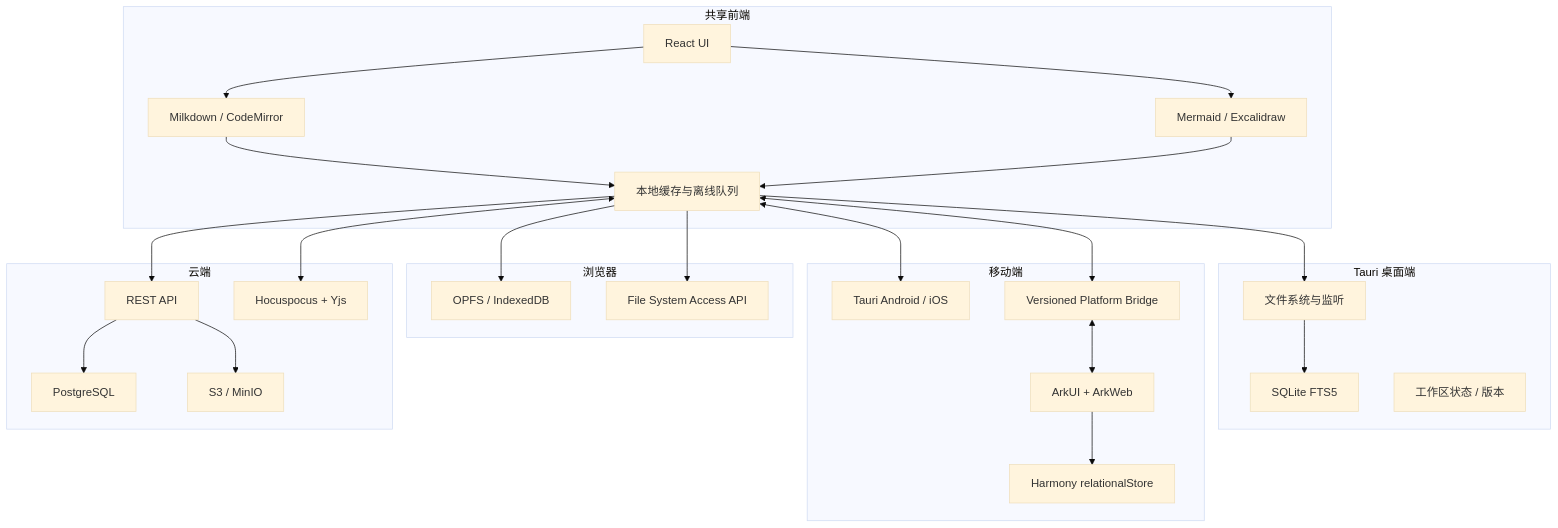
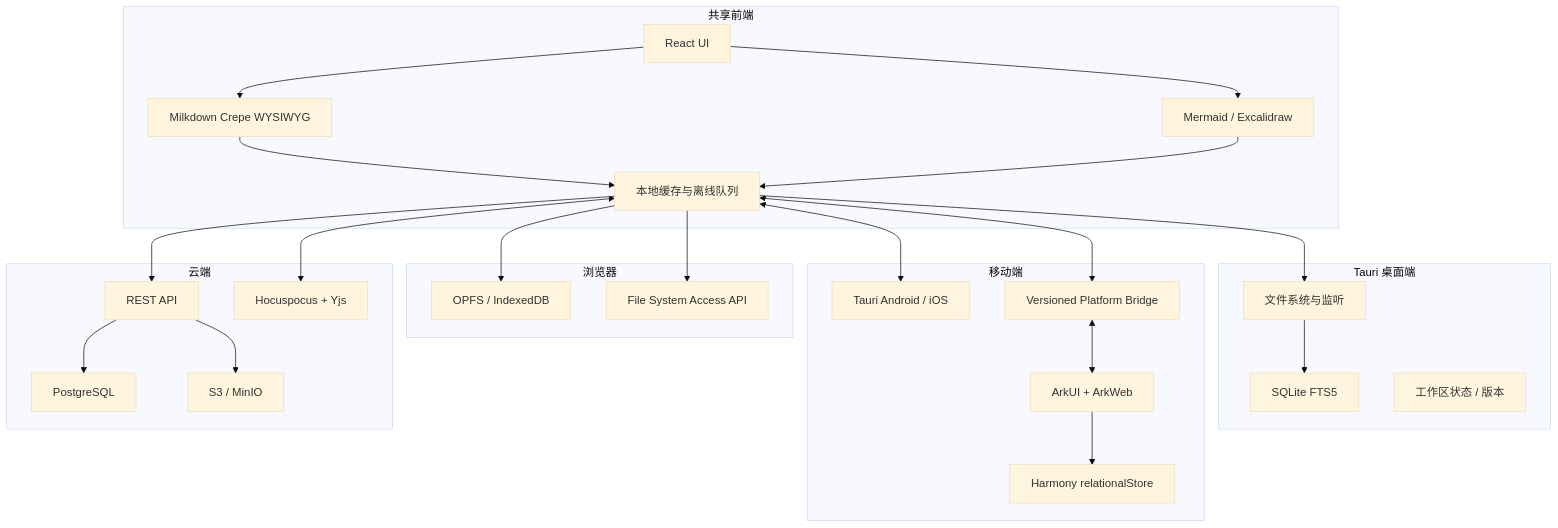
Before and after one commit to guol9180/inkloom: the diagram in docs/PRODUCT_AND_ARCHITECTURE.md, drawn with Mermaid (base theme). The commit also changed other lines of this file and 72 other files, not shown here.

````diff
--- a/docs/PRODUCT_AND_ARCHITECTURE.md
+++ b/docs/PRODUCT_AND_ARCHITECTURE.md
@@ -441,51 +442,51 @@
 ```mermaid
 flowchart TB
   subgraph Client["共享前端"]
     UI["React UI"]
-    Editor["Milkdown / CodeMirror"]
+    Editor["Milkdown Crepe WYSIWYG"]
     Diagrams["Mermaid / Excalidraw"]
     Cache["本地缓存与离线队列"]
   end
 
   subgraph Desktop["Tauri 桌面端"]
     FS["文件系统与监听"]
     SQLite["SQLite FTS5"]
     State["工作区状态 / 版本"]
   end
 
   subgraph Web["浏览器"]
     OPFS["OPFS / IndexedDB"]
     FSA["File System Access API"]
   end
 
   subgraph Mobile["移动端"]
     TauriMobile["Tauri Android / iOS"]
     Harmony["ArkUI + ArkWeb"]
     RDB["Harmony relationalStore"]
     Bridge["Versioned Platform Bridge"]
   end
 
   subgraph Cloud["云端"]
     API["REST API"]
     DB["PostgreSQL"]
     Object["S3 / MinIO"]
     Collab["Hocuspocus + Yjs"]
   end
 
   UI --> Editor
   UI --> Diagrams
   Editor --> Cache
   Diagrams --> Cache
   Cache --> FS
   Cache --> OPFS
   Cache --> FSA
   Cache <--> TauriMobile
   Cache <--> Bridge
   Bridge <--> Harmony
   Harmony --> RDB
   FS --> SQLite
   Cache --> API
   API --> DB
   API --> Object
   Cache <--> Collab
 ```
````
